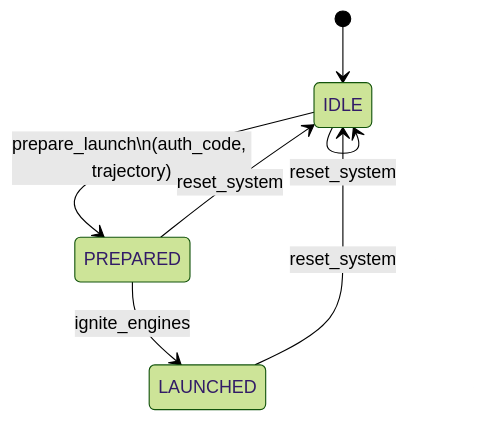
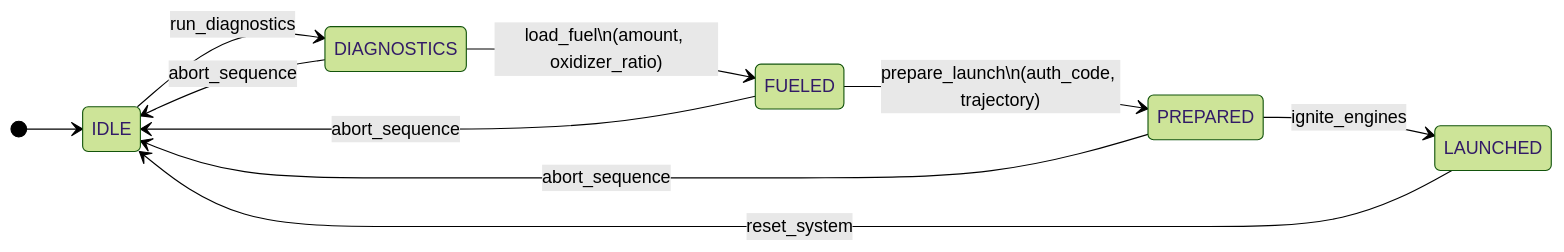
One commit to andreban/webmcp-rocketlauncher changed the diagram in README.md. Above: the diagram before and after it, drawn with Mermaid (forest theme). The commit also changed other lines of this file and 10 other files, not shown here.

````diff
--- a/README.md
+++ b/README.md
@@ -34,10 +34,15 @@
 ```mermaid
 stateDiagram-v2
+    direction LR
+    
     [*] --> IDLE
-
-    IDLE --> PREPARED : prepare_launch\n(auth_code, trajectory)
-    PREPARED --> LAUNCHED : ignite_engines
-    LAUNCHED --> IDLE : reset_system
-    IDLE --> IDLE : reset_system
-    PREPARED --> IDLE : reset_system
+    IDLE --> DIAGNOSTICS: run_diagnostics
+    DIAGNOSTICS --> FUELED: load_fuel\n(amount, oxidizer_ratio)
+    FUELED --> PREPARED: prepare_launch\n(auth_code, trajectory)
+    PREPARED --> LAUNCHED: ignite_engines
+    
+    LAUNCHED --> IDLE: reset_system
+    DIAGNOSTICS --> IDLE: abort_sequence
+    FUELED --> IDLE: abort_sequence
+    PREPARED --> IDLE: abort_sequence
 ```
````
